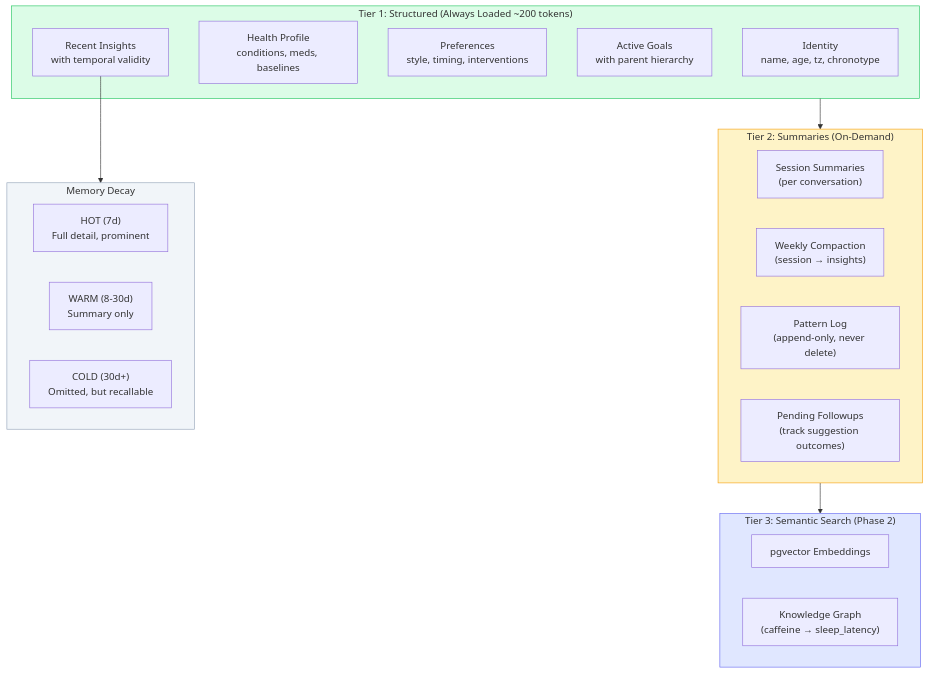
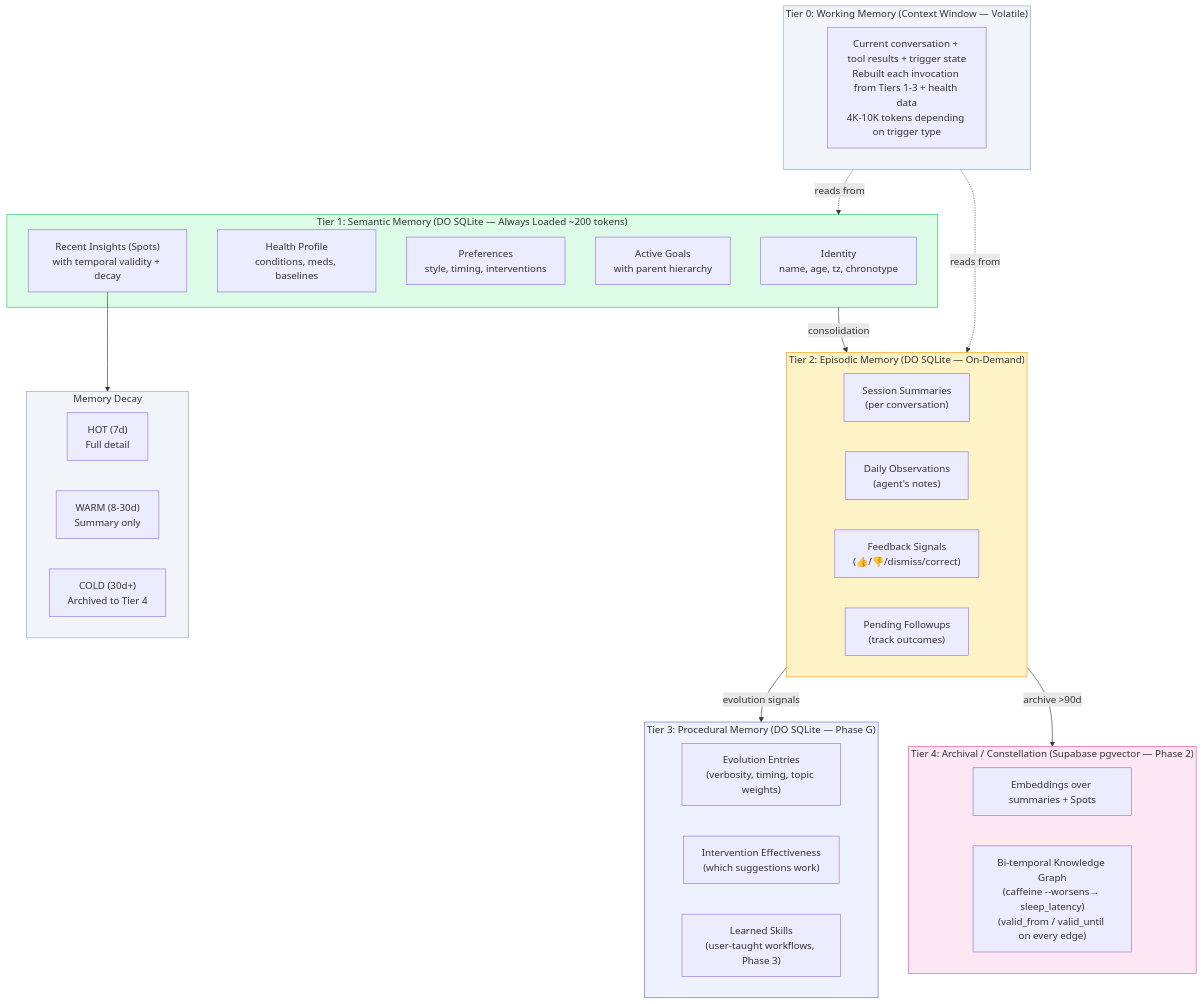
The third of 25 diagrams in docs-site/diagrams.md (Pin4sf/Waldo), drawn with Mermaid before and after one commit. The commit also changed other lines of this file and 1924 other files, not shown here.

First line of the commit message:
docs: Session 4 — Claude Code reverse engineering + 2026 agent landscape + architecture upgrades

````diff
--- a/docs-site/diagrams.md
+++ b/docs-site/diagrams.md
@@ -118,37 +118,52 @@
 ```mermaid
 graph TB
-    subgraph T1["Tier 1: Structured (Always Loaded ~200 tokens)"]
+    subgraph T0["Tier 0: Working Memory (Context Window — Volatile)"]
+        CTX["Current conversation + tool results + trigger state<br/>Rebuilt each invocation from Tiers 1-3 + health data<br/>4K-10K tokens depending on trigger type"]
+    end
+
+    subgraph T1["Tier 1: Semantic Memory (DO SQLite — Always Loaded ~200 tokens)"]
         ID["Identity<br/>name, age, tz, chronotype"]
         HP["Health Profile<br/>conditions, meds, baselines"]
         PR["Preferences<br/>style, timing, interventions"]
         GO["Active Goals<br/>with parent hierarchy"]
-        IN["Recent Insights<br/>with temporal validity"]
+        IN["Recent Insights (Spots)<br/>with temporal validity + decay"]
     end
 
-    subgraph T2["Tier 2: Summaries (On-Demand)"]
+    subgraph T2["Tier 2: Episodic Memory (DO SQLite — On-Demand)"]
         SS["Session Summaries<br/>(per conversation)"]
-        WC["Weekly Compaction<br/>(session → insights)"]
-        PL["Pattern Log<br/>(append-only, never delete)"]
-        PF["Pending Followups<br/>(track suggestion outcomes)"]
+        DL["Daily Observations<br/>(agent's notes)"]
+        FB["Feedback Signals<br/>(👍/👎/dismiss/correct)"]
+        PF["Pending Followups<br/>(track outcomes)"]
     end
 
-    subgraph T3["Tier 3: Semantic Search (Phase 2)"]
-        VEC["pgvector Embeddings"]
-        KG["Knowledge Graph<br/>(caffeine → sleep_latency)"]
+    subgraph T3["Tier 3: Procedural Memory (DO SQLite — Phase G)"]
+        EV["Evolution Entries<br/>(verbosity, timing, topic weights)"]
+        IE["Intervention Effectiveness<br/>(which suggestions work)"]
+        LS["Learned Skills<br/>(user-taught workflows, Phase 3)"]
+    end
+
+    subgraph T4["Tier 4: Archival / Constellation (Supabase pgvector — Phase 2)"]
+        VEC["Embeddings over summaries + Spots"]
+        KG["Bi-temporal Knowledge Graph<br/>(caffeine --worsens→ sleep_latency)<br/>(valid_from / valid_until on every edge)"]
     end
 
     subgraph Decay["Memory Decay"]
-        HOT["HOT (7d)<br/>Full detail, prominent"]
+        HOT["HOT (7d)<br/>Full detail"]
         WARM["WARM (8-30d)<br/>Summary only"]
-        COLD["COLD (30d+)<br/>Omitted, but recallable"]
+        COLD["COLD (30d+)<br/>Archived to Tier 4"]
     end
 
-    T1 --> T2
-    T2 --> T3
+    T0 -.->|"reads from"| T1
+    T0 -.->|"reads from"| T2
+    T1 -->|"consolidation"| T2
+    T2 -->|"evolution signals"| T3
+    T2 -->|"archive >90d"| T4
     IN --> Decay
 
+    style T0 fill:#f1f5f9,stroke:#94a3b8
     style T1 fill:#dcfce7,stroke:#22c55e
     style T2 fill:#fef3c7,stroke:#f59e0b
-    style T3 fill:#e0e7ff,stroke:#6366f1
+    style T3 fill:#eef2ff,stroke:#6366f1
+    style T4 fill:#fce7f3,stroke:#ec4899
     style Decay fill:#f1f5f9,stroke:#94a3b8
 ```
````
